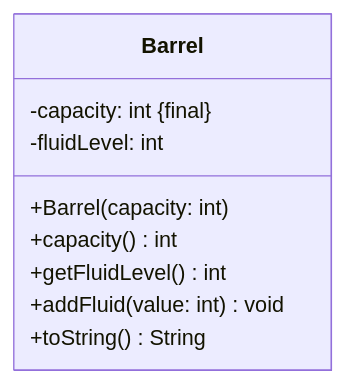
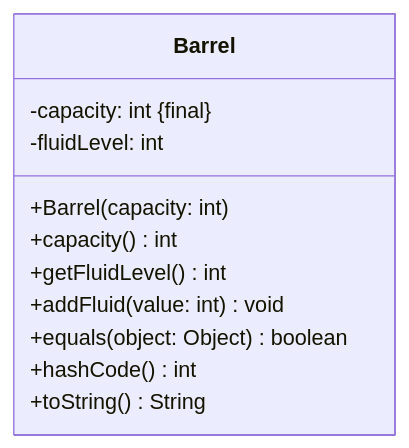
Before and after one commit to jappuccini/java-docs: the diagram in docs/exercises/exceptions/exceptions02.mdx, drawn with Mermaid. The commit also changed 10 other files, not shown here.

````diff
--- a/docs/exercises/exceptions/exceptions02.mdx
+++ b/docs/exercises/exceptions/exceptions02.mdx
@@ -15,13 +15,15 @@
 ```mermaid
 classDiagram
 
     class Barrel {
         -capacity: int &#123final&#125
         -fluidLevel: int
         +Barrel(capacity: int)
         +capacity() int
         +getFluidLevel() int
         +addFluid(value: int) void
+        +equals(object: Object) boolean
+        +hashCode() int
         +toString() String
     }
 ```
````
